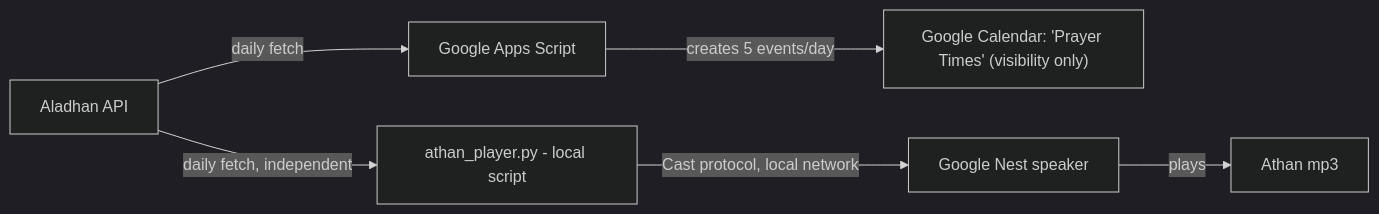
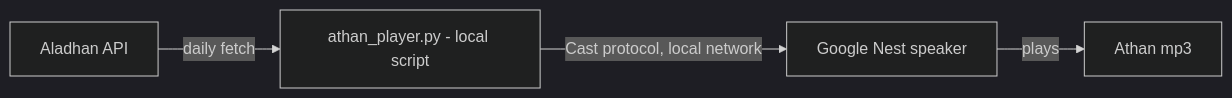
The diagram in README.md (hamzanaciri99/google-nest-athan), drawn with Mermaid (dark theme) before and after one commit. The commit also changed other lines of this file and 4 other files, not shown here.

First line of the commit message:
Remove the Google Calendar / Apps Script visibility piece

````diff
--- a/README.md
+++ b/README.md
@@ -9,9 +8,6 @@
 ```mermaid
 flowchart LR
-    A[Aladhan API]
-    A -->|daily fetch| B[Google Apps Script]
-    B -->|creates 5 events/day| C["Google Calendar: 'Prayer Times' (visibility only)"]
-    A -->|daily fetch, independent| D[athan_player.py - local script]
-    D -->|Cast protocol, local network| E[Google Nest speaker]
-    E -->|plays| F[Athan mp3]
+    A[Aladhan API] -->|daily fetch| B[athan_player.py - local script]
+    B -->|Cast protocol, local network| C[Google Nest speaker]
+    C -->|plays| D[Athan mp3]
 ```
````
